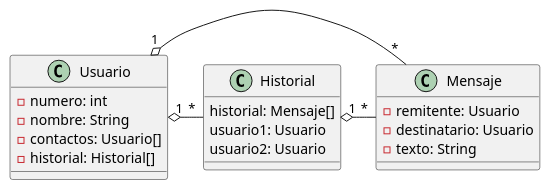
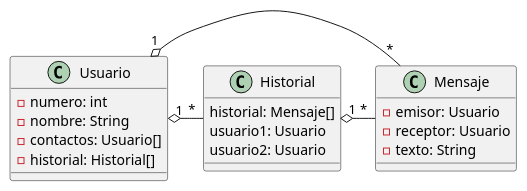
Before and after one commit to lihuencarranza/algoritmos3: the diagram in src/POO/ej2/ej2.plantuml, drawn with PlantUML. The commit also changed 3 other files, not shown here.

```diff
--- a/src/POO/ej2/ej2.plantuml
+++ b/src/POO/ej2/ej2.plantuml
@@ -1,27 +1,27 @@
 @startuml
 class Usuario{
  -numero: int
  -nombre: String
  -contactos: Usuario[]
  -historial: Historial[]
 } 
 
 class Historial{
  historial: Mensaje[]
  usuario1: Usuario
  usuario2: Usuario
 }
 
 class Mensaje{
- -remitente: Usuario
- -destinatario: Usuario
+ -emisor: Usuario
+ -receptor: Usuario
  -texto: String
 }
 
 Historial "1" o- "*" Mensaje
 
 Usuario "1" o- "*" Historial
 
 Usuario "1" o- "*" Mensaje
 
 @enduml
```
